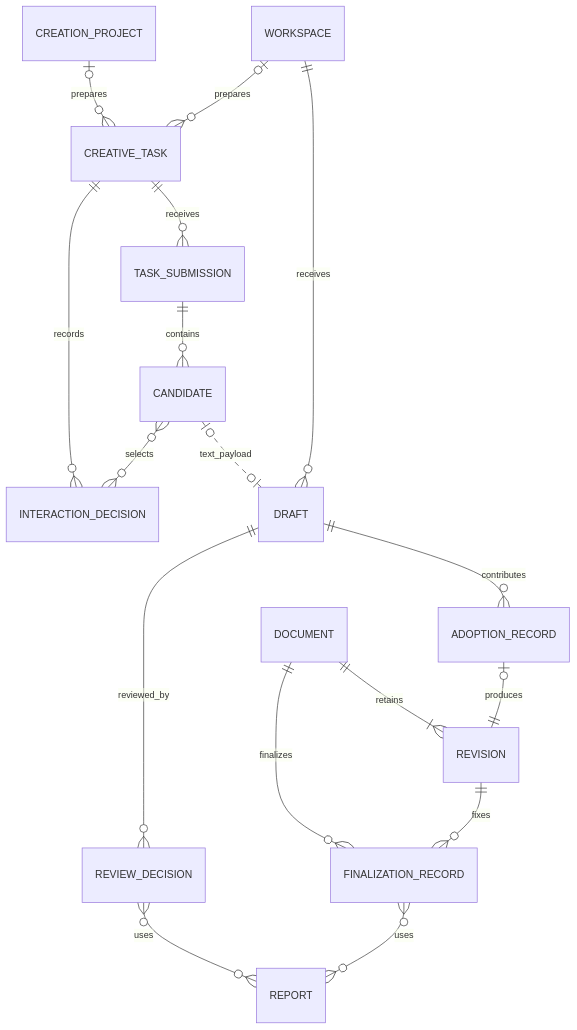
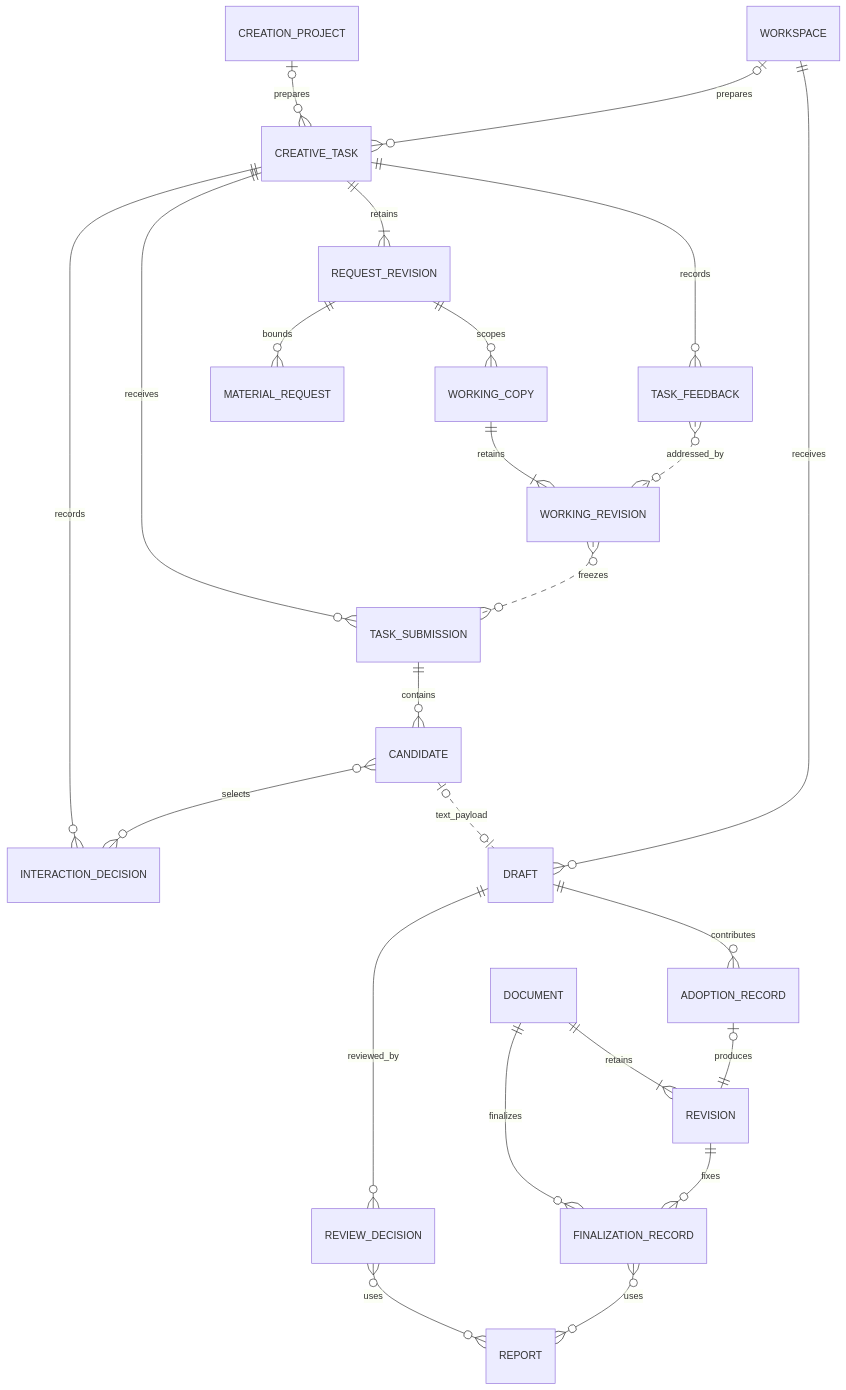
One commit to limecloud/hetu changed the second of 3 diagrams in docs/29-数据字典与Schema设计.md. Above: the diagram before and after it, drawn with Mermaid. The commit also changed other lines of this file and 993 other files, not shown here.

````diff
--- a/docs/29-数据字典与Schema设计.md
+++ b/docs/29-数据字典与Schema设计.md
@@ -211,19 +219,26 @@
 ```mermaid
 erDiagram
     CREATION_PROJECT |o--o{ CREATIVE_TASK : prepares
     WORKSPACE |o--o{ CREATIVE_TASK : prepares
     CREATIVE_TASK ||--o{ TASK_SUBMISSION : receives
+    CREATIVE_TASK ||--|{ REQUEST_REVISION : retains
+    REQUEST_REVISION ||--o{ WORKING_COPY : scopes
+    WORKING_COPY ||--|{ WORKING_REVISION : retains
+    WORKING_REVISION }o..o{ TASK_SUBMISSION : freezes
+    CREATIVE_TASK ||--o{ TASK_FEEDBACK : records
+    TASK_FEEDBACK }o..o{ WORKING_REVISION : addressed_by
+    REQUEST_REVISION ||--o{ MATERIAL_REQUEST : bounds
     TASK_SUBMISSION ||--o{ CANDIDATE : contains
     CREATIVE_TASK ||--o{ INTERACTION_DECISION : records
     CANDIDATE }o--o{ INTERACTION_DECISION : selects
     CANDIDATE |o..o| DRAFT : text_payload
     DOCUMENT ||--|{ REVISION : retains
     DOCUMENT ||--o{ FINALIZATION_RECORD : finalizes
     REVISION ||--o{ FINALIZATION_RECORD : fixes
     DRAFT ||--o{ ADOPTION_RECORD : contributes
     ADOPTION_RECORD |o--|| REVISION : produces
     WORKSPACE ||--o{ DRAFT : receives
     DRAFT ||--o{ REVIEW_DECISION : reviewed_by
     REVIEW_DECISION }o--o{ REPORT : uses
     FINALIZATION_RECORD }o--o{ REPORT : uses
 ```
````
